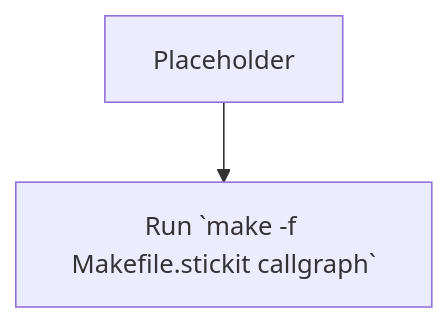
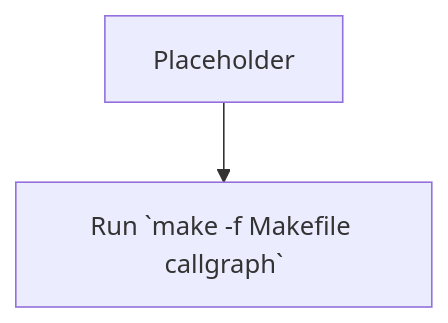
One commit to ferreira68/STICkit changed the second of 2 diagrams in docs/diagrams_stickit.md. Above: the diagram before and after it, drawn with Mermaid. The commit also changed other lines of this file and 57 other files, not shown here.

````diff
--- a/docs/diagrams_stickit.md
+++ b/docs/diagrams_stickit.md
@@ -19,5 +15,4 @@
 ```{mermaid}
-%% Auto-generated by `make callgraph`
 graph TD
-  A[Placeholder] --> B[Run `make -f Makefile.stickit callgraph`]
+  A[Placeholder] --> B[Run `make -f Makefile callgraph`]
 ```
````
